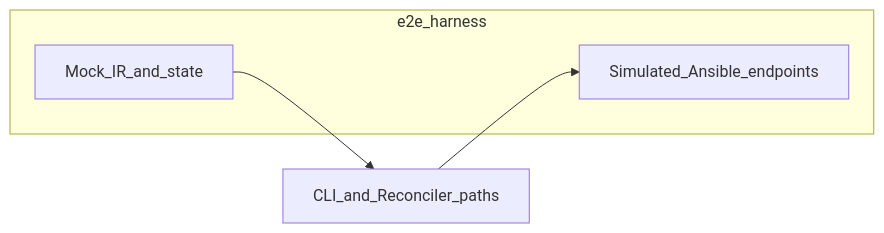
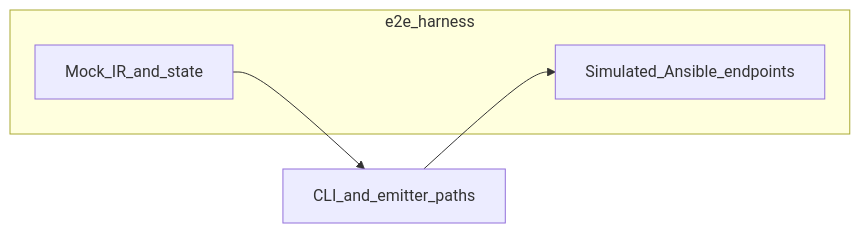
One commit to kennetholsenatm-gif/OmniGraph changed the second of 2 diagrams in docs/development/platform-architecture.md. Above: the diagram before and after it, drawn with Mermaid. The commit also changed other lines of this file and 22 other files, not shown here.

````diff
--- a/docs/development/platform-architecture.md
+++ b/docs/development/platform-architecture.md
@@ -60,10 +60,10 @@
 ```mermaid
 flowchart LR
   subgraph e2e [e2e_harness]
     MockAnsible[Simulated_Ansible_endpoints]
     Fixtures[Mock_IR_and_state]
   end
-  Pipeline[CLI_and_Reconciler_paths]
+  Pipeline[CLI_and_emitter_paths]
   Fixtures --> Pipeline
   Pipeline --> MockAnsible
 ```
````
